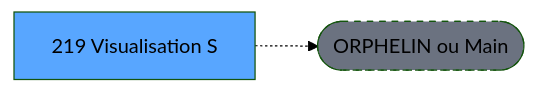
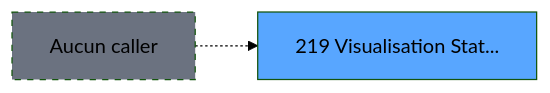
One commit to thonyAGP/magic-migration changed the second of 3 diagrams in .openspec/specs/ADH-IDE-219.md. Above: the diagram before and after it, drawn with Mermaid (forest theme). The commit also changed other lines of this file and 493 other files, not shown here.

````diff
--- a/.openspec/specs/ADH-IDE-219.md
+++ b/.openspec/specs/ADH-IDE-219.md
@@ -122,8 +143,8 @@
 ```mermaid
 graph LR
-    T[219 Visualisation S]
-    ORPHAN([ORPHELIN ou Main])
-    T -.-> ORPHAN
-    style T fill:#58a6ff,color:#000
-    style ORPHAN fill:#6b7280,stroke-dasharray: 5 5
+    T219[219 Visualisation Stat...]
+    style T219 fill:#58a6ff
+    NONE[Aucun caller]
+    NONE -.-> T219
+    style NONE fill:#6b7280,stroke-dasharray: 5 5
 ```
````
